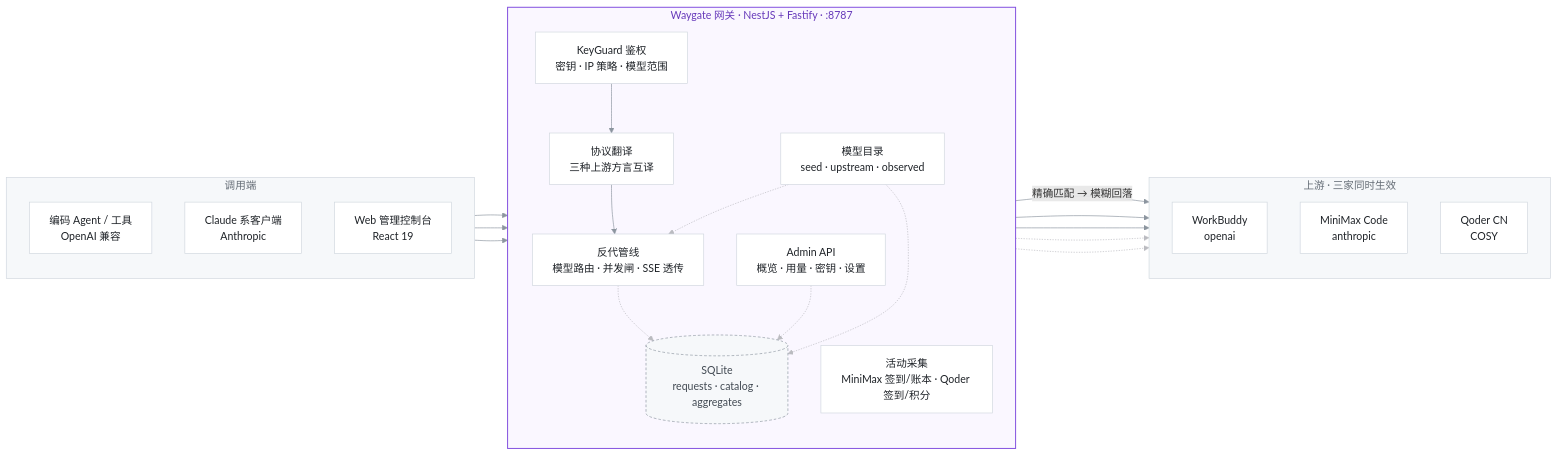
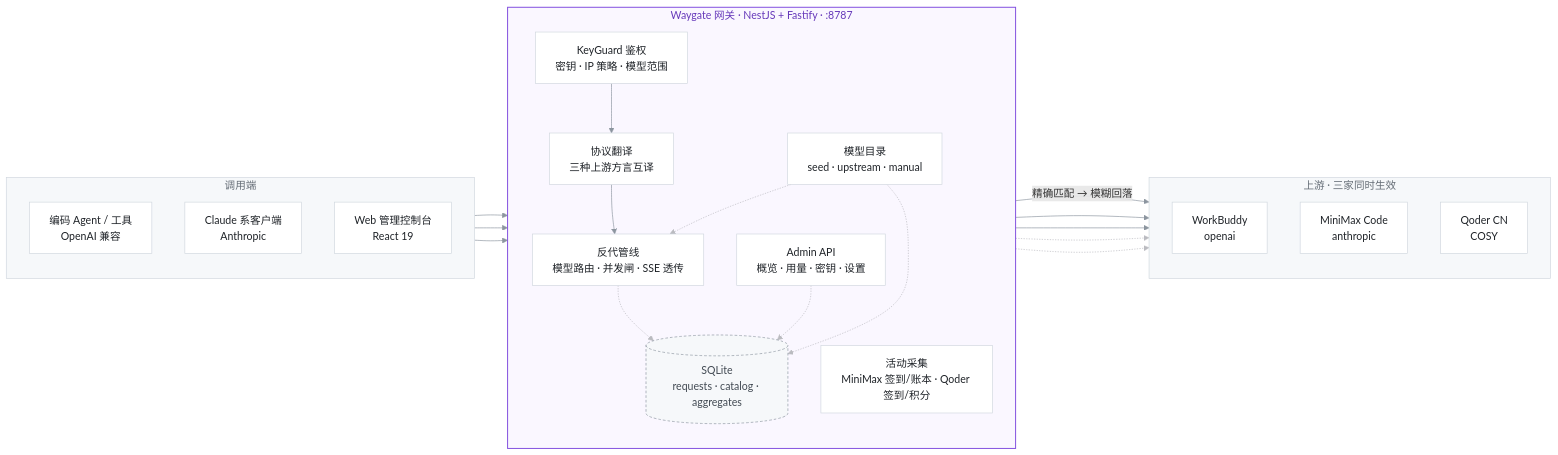
The first of 2 diagrams in README.md (zhanghaojie513/waygate-open), drawn with Mermaid before and after one commit. The commit also changed other lines of this file and 16 other files, not shown here.

First line of the commit message:
fix(v1.10.2): 同步私有仓 v1.10.1–v1.10.2（概览 tooltip / 热力图 / 账号卡 / README 对齐）

````diff
--- a/README.md
+++ b/README.md
@@ -244,53 +244,53 @@
 ```mermaid
 %%{init: {"flowchart":{"curve":"linear","nodeSpacing":34,"rankSpacing":64,"padding":12},"themeVariables":{"fontFamily":"ui-sans-serif, system-ui, 'Segoe UI', sans-serif","fontSize":"13px"}}}%%
 flowchart LR
   subgraph L0["调用端"]
     direction TB
     A1["编码 Agent / 工具<br/>OpenAI 兼容"]
     A2["Claude 系客户端<br/>Anthropic"]
     A3["Web 管理控制台<br/>React 19"]
   end
 
   subgraph L1["Waygate 网关 · NestJS + Fastify · :8787"]
     direction TB
     B1["KeyGuard 鉴权<br/>密钥 · IP 策略 · 模型范围"]
     B2["协议翻译<br/>三种上游方言互译"]
     B3["反代管线<br/>模型路由 · 并发闸 · SSE 透传"]
     B4["Admin API<br/>概览 · 用量 · 密钥 · 设置"]
-    B5["模型目录<br/>seed · upstream · observed"]
+    B5["模型目录<br/>seed · upstream · manual"]
     B6["活动采集<br/>MiniMax 签到/账本 · Qoder 签到/积分"]
     DB[("SQLite<br/>requests · catalog · aggregates")]
   end
 
   subgraph L2["上游 · 三家同时生效"]
     direction TB
     C1["WorkBuddy<br/>openai"]
     C2["MiniMax Code<br/>anthropic"]
     C3["Qoder CN<br/>COSY"]
   end
 
   A1 --> B1
   A2 --> B1
   A3 --> B4
   B1 --> B2
   B2 --> B3
   B3 -->|精确匹配 → 模糊回落| C1
   B3 --> C2
   B3 --> C3
   B5 -.-> B3
   B6 -.-> C2
   B6 -.-> C3
   B3 -.-> DB
   B4 -.-> DB
   B5 -.-> DB
 
   classDef card fill:#FFFFFF,stroke:#D0D7DE,stroke-width:1px,color:#1F2328
   classDef data fill:#F6F8FA,stroke:#8C959F,stroke-width:1px,stroke-dasharray:4 3,color:#424A53
   class A1,A2,A3,B1,B2,B3,B4,B5,B6,C1,C2,C3 card
   class DB data
   style L0 fill:#F6F8FA,stroke:#D0D7DE,color:#656D76
   style L2 fill:#F6F8FA,stroke:#D0D7DE,color:#656D76
   style L1 fill:#FAF7FF,stroke:#8250DF,stroke-width:1.5px,color:#6639BA
   linkStyle 0,1,2,3,4,5,6,7 stroke:#8C959F
   linkStyle 8,9,10,11,12,13 stroke:#BABBC0
 ```
````
